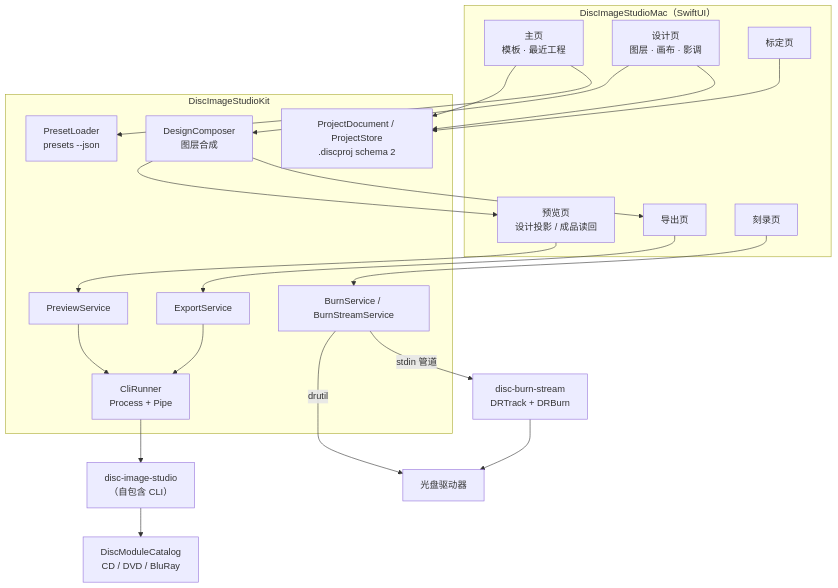
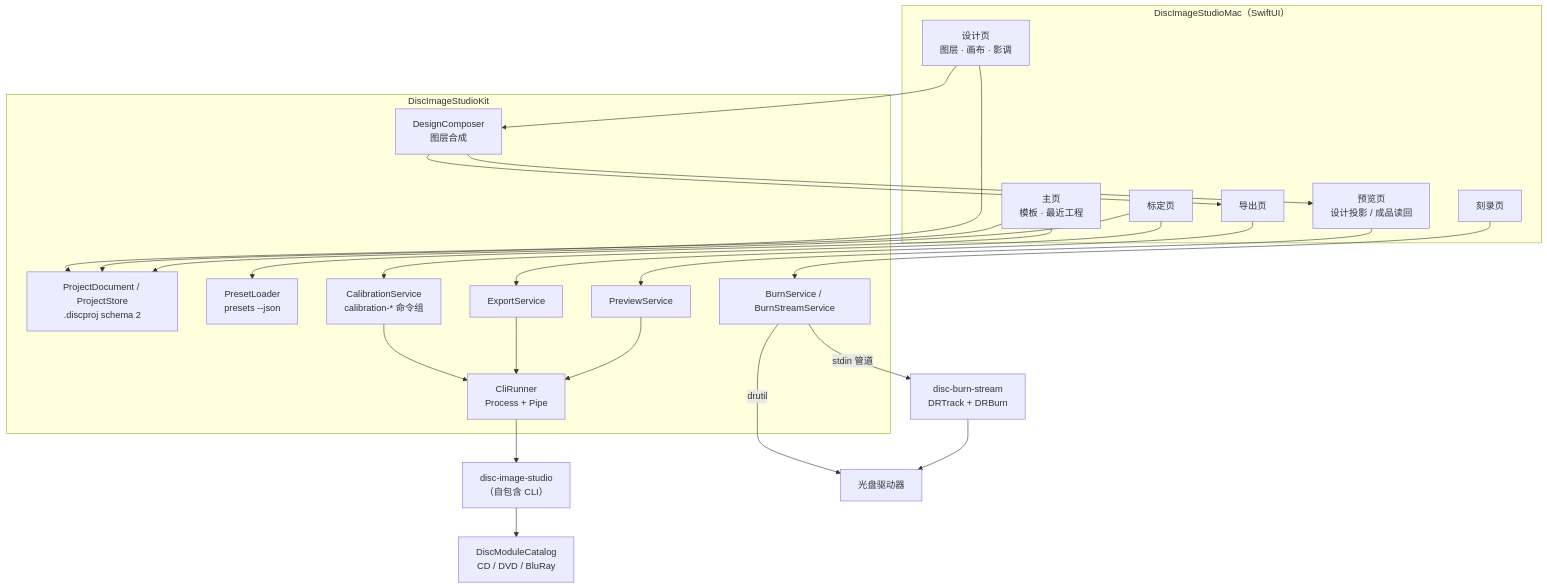
Before and after one commit to JiaFeiMiao-K-Cat/DiscImageStudio: the first of 2 diagrams in docs/MACOS_GUI.md, drawn with Mermaid. The commit also changed other lines of this file and 25 other files, not shown here.

````diff
--- a/docs/MACOS_GUI.md
+++ b/docs/MACOS_GUI.md
@@ -37,37 +39,40 @@
 ```mermaid
 flowchart TB
     subgraph App["DiscImageStudioMac（SwiftUI）"]
         Home["主页<br/>模板 · 最近工程"]
         Design["设计页<br/>图层 · 画布 · 影调"]
         Preview["预览页<br/>设计投影 / 成品读回"]
         Export["导出页"]
         Burn["刻录页"]
         Calib["标定页"]
     end
     subgraph Kit["DiscImageStudioKit"]
         Doc["ProjectDocument / ProjectStore<br/>.discproj schema 2"]
         Presets["PresetLoader<br/>presets --json"]
         Composer["DesignComposer<br/>图层合成"]
         ExportSvc["ExportService"]
         PreviewSvc["PreviewService"]
         BurnSvc["BurnService / BurnStreamService"]
+        CalibSvc["CalibrationService<br/>calibration-* 命令组"]
         Runner["CliRunner<br/>Process + Pipe"]
     end
     Home --> Doc
     Home --> Presets
     Design --> Composer
     Design --> Doc
     Composer --> Preview
     Composer --> Export
     Export --> ExportSvc
     Preview --> PreviewSvc
     Burn --> BurnSvc
+    Calib --> CalibSvc
     Calib --> Doc
+    CalibSvc --> Runner
     ExportSvc --> Runner
     PreviewSvc --> Runner
     Runner --> CLI["disc-image-studio<br/>（自包含 CLI）"]
     CLI --> Modules["DiscModuleCatalog<br/>CD / DVD / BluRay"]
     BurnSvc -->|"drutil"| Drive["光盘驱动器"]
     BurnSvc -->|"stdin 管道"| Helper["disc-burn-stream<br/>DRTrack + DRBurn"]
     Helper --> Drive
 ```
````
